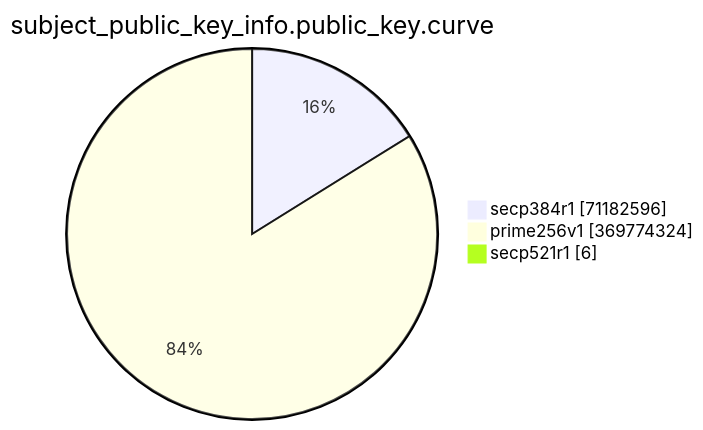
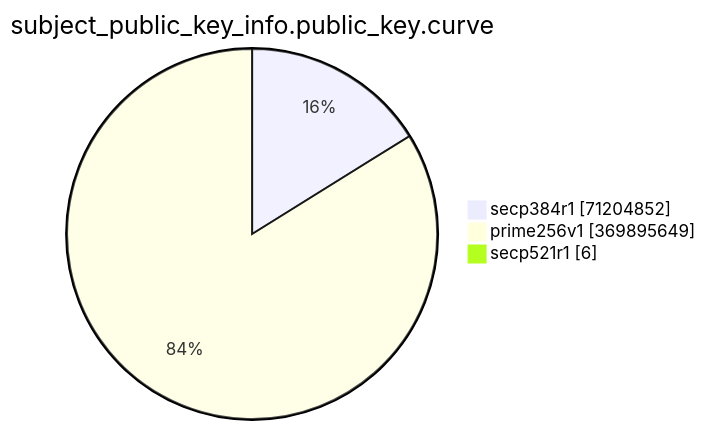
One commit to christiankrug/ctmonitor_visualization changed the eighth of 15 diagrams in TOTAL/README.md. Above: the diagram before and after it, drawn with Mermaid. The commit also changed other lines of this file, not shown here.

````diff
--- a/TOTAL/README.md
+++ b/TOTAL/README.md
@@ -3094,7 +3094,7 @@
 ```mermaid
 pie showData
 title subject_public_key_info.public_key.curve
-"secp384r1" :71182596
-"prime256v1" :369774324
+"secp384r1" :71204852
+"prime256v1" :369895649
 "secp521r1" :6
 ```
````
